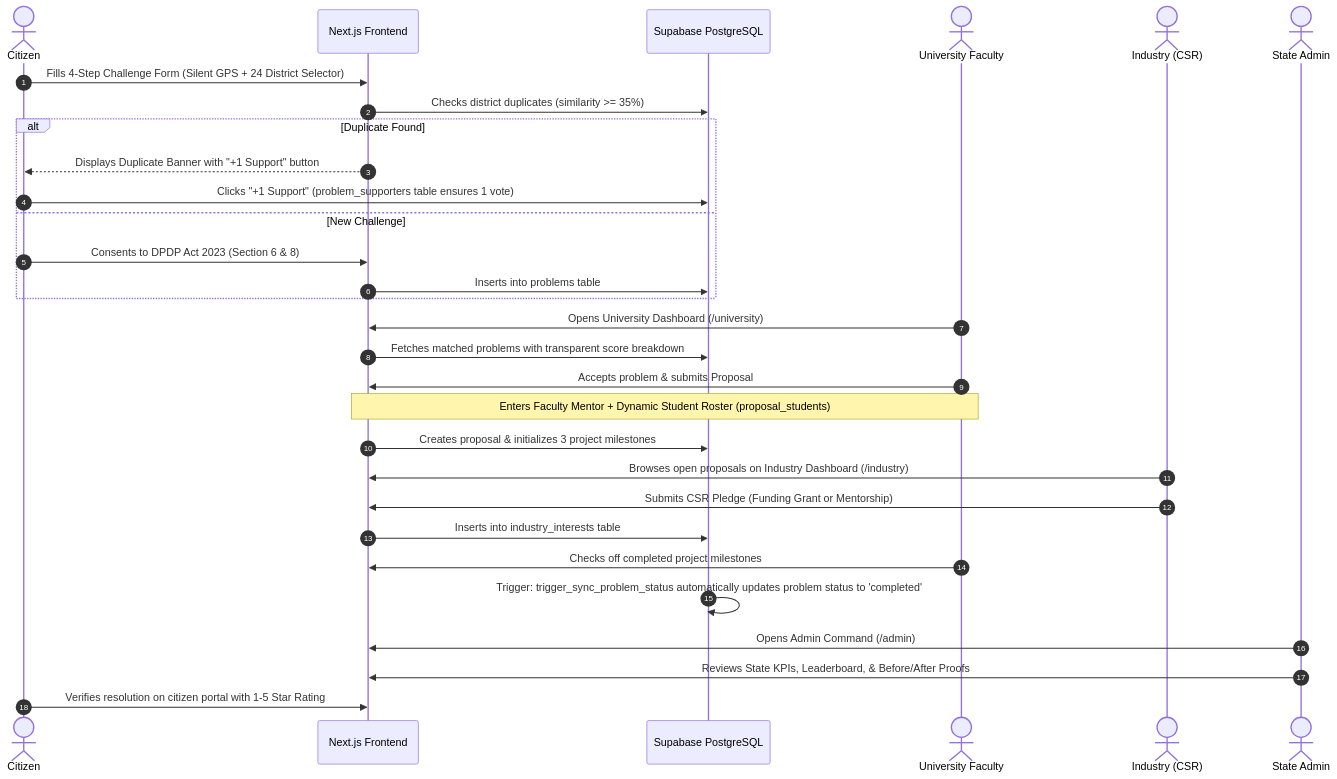
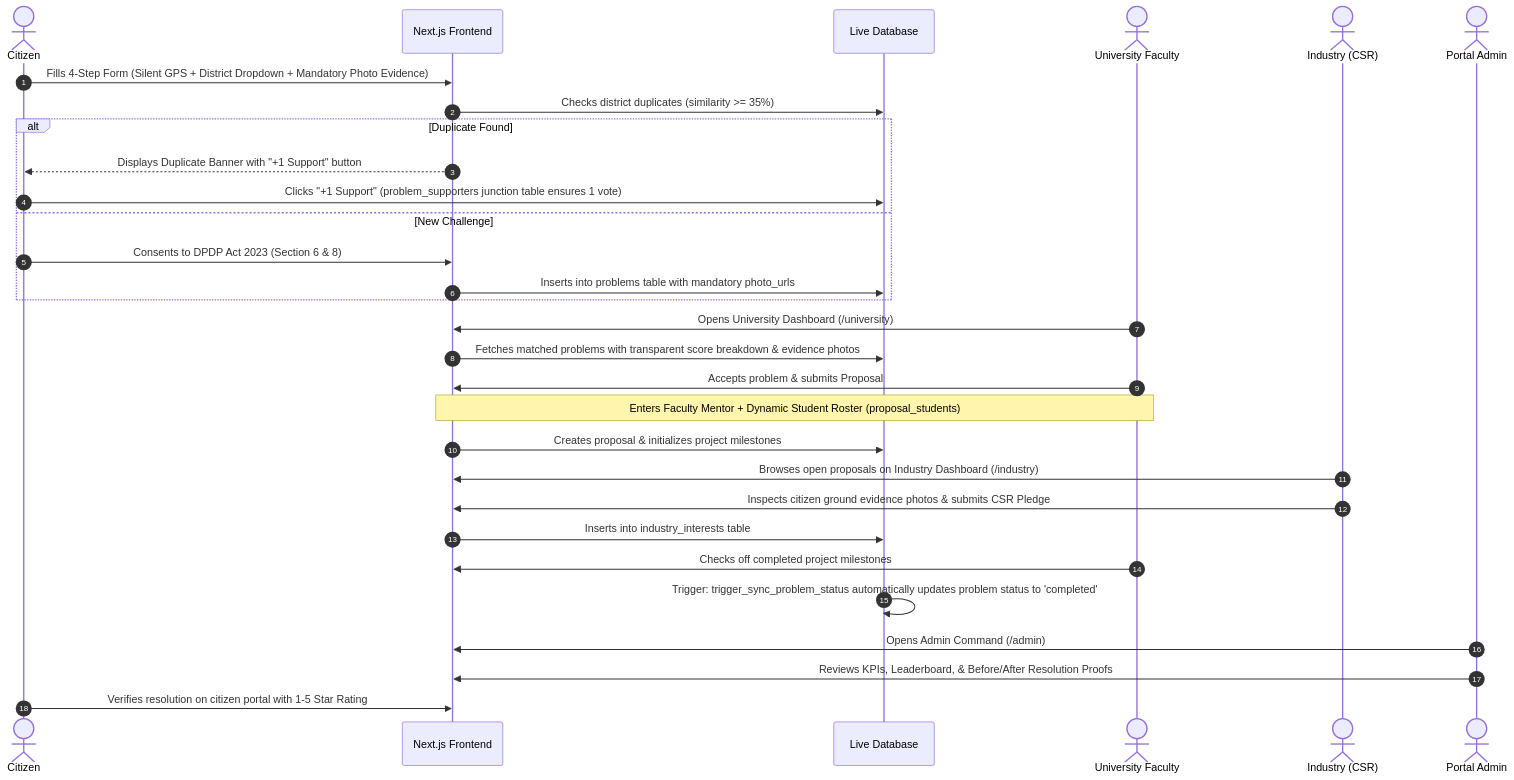
Before and after one commit to codingmastergurkirat/Jharkhand_Project: the diagram in TEAM_GUIDE.md, drawn with Mermaid. The commit also changed other lines of this file and 32 other files, not shown here.

````diff
--- a/TEAM_GUIDE.md
+++ b/TEAM_GUIDE.md
@@ -59,37 +58,37 @@
 ```mermaid
 sequenceDiagram
     autonumber
     actor C as Citizen
     participant FE as Next.js Frontend
-    participant DB as Supabase PostgreSQL
+    participant DB as Live Database
     actor U as University Faculty
     actor I as Industry (CSR)
-    actor A as State Admin
+    actor A as Portal Admin
 
-    C->>FE: Fills 4-Step Challenge Form (Silent GPS + 24 District Selector)
+    C->>FE: Fills 4-Step Form (Silent GPS + District Dropdown + Mandatory Photo Evidence)
     FE->>DB: Checks district duplicates (similarity >= 35%)
     alt Duplicate Found
         FE-->>C: Displays Duplicate Banner with "+1 Support" button
-        C->>DB: Clicks "+1 Support" (problem_supporters table ensures 1 vote)
+        C->>DB: Clicks "+1 Support" (problem_supporters junction table ensures 1 vote)
     else New Challenge
         C->>FE: Consents to DPDP Act 2023 (Section 6 & 8)
-        FE->>DB: Inserts into problems table
+        FE->>DB: Inserts into problems table with mandatory photo_urls
     end
 
     U->>FE: Opens University Dashboard (/university)
-    FE->>DB: Fetches matched problems with transparent score breakdown
+    FE->>DB: Fetches matched problems with transparent score breakdown & evidence photos
     U->>FE: Accepts problem & submits Proposal
     Note over U,FE: Enters Faculty Mentor + Dynamic Student Roster (proposal_students)
-    FE->>DB: Creates proposal & initializes 3 project milestones
+    FE->>DB: Creates proposal & initializes project milestones
 
     I->>FE: Browses open proposals on Industry Dashboard (/industry)
-    I->>FE: Submits CSR Pledge (Funding Grant or Mentorship)
+    I->>FE: Inspects citizen ground evidence photos & submits CSR Pledge
     FE->>DB: Inserts into industry_interests table
 
     U->>FE: Checks off completed project milestones
     DB->>DB: Trigger: trigger_sync_problem_status automatically updates problem status to 'completed'
 
     A->>FE: Opens Admin Command (/admin)
-    A->>FE: Reviews State KPIs, Leaderboard, & Before/After Proofs
+    A->>FE: Reviews KPIs, Leaderboard, & Before/After Resolution Proofs
     C->>FE: Verifies resolution on citizen portal with 1-5 Star Rating
 ```
````
